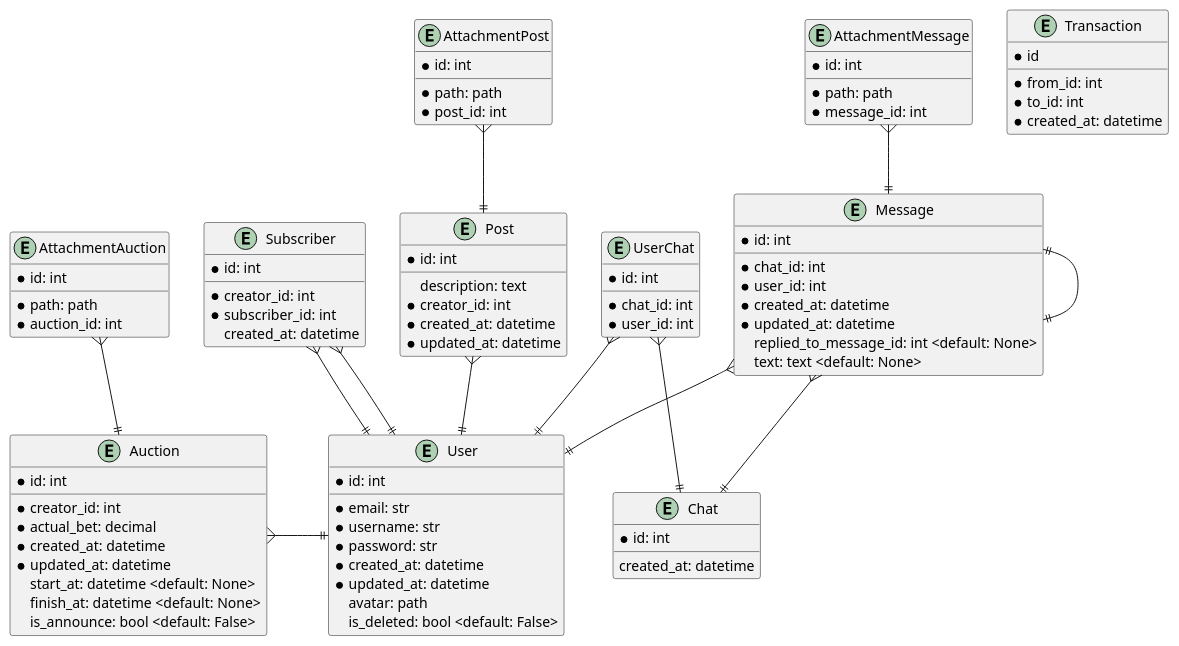
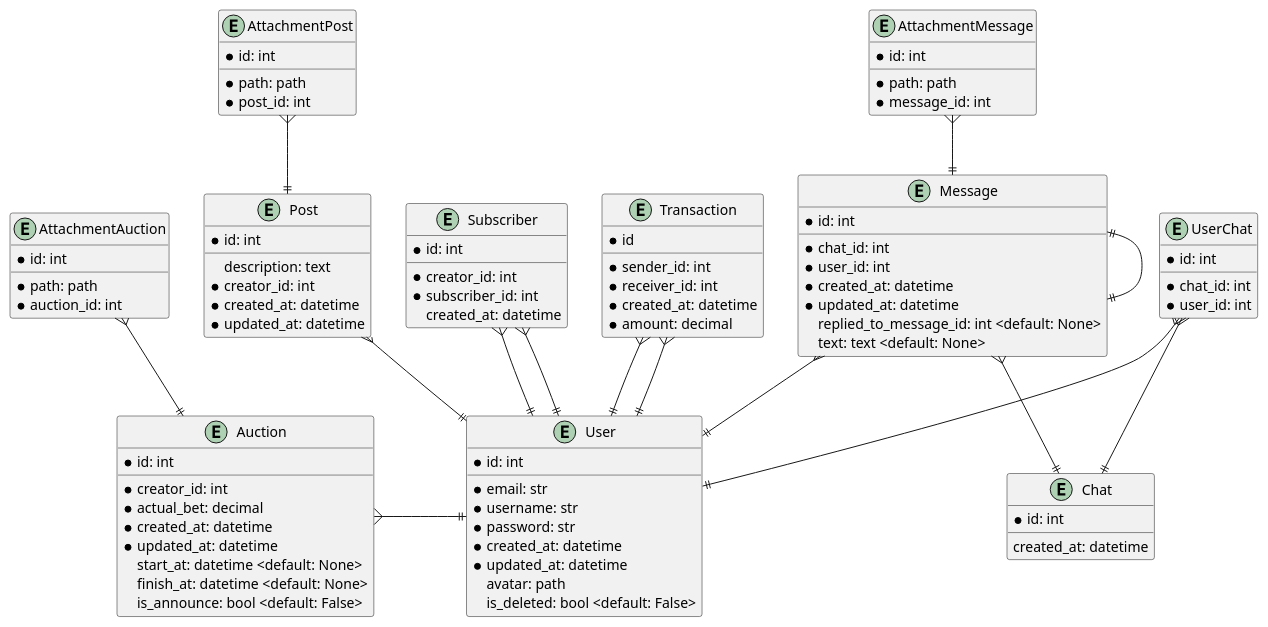
The diagram in docs/er_diagrams/er_diagram_v1.puml (Timur-Gizatullin/WeDraw), drawn with PlantUML before and after one commit. The commit also changed 13 other files, not shown here.

```diff
--- a/docs/er_diagrams/er_diagram_v1.puml
+++ b/docs/er_diagrams/er_diagram_v1.puml
@@ -1,113 +1,117 @@
 @startuml
 entity User{
 *id: int
 __
 *email: str
 *username: str
 *password: str
 *created_at: datetime
 *updated_at: datetime
 avatar: path
 is_deleted: bool <default: False>
 }
 
 entity Post{
 *id: int
 __
 description: text
 *creator_id: int
 *created_at: datetime
 *updated_at: datetime
 }
 
 entity Chat{
 *id: int
 __
 created_at: datetime
 }
 
 entity Message{
 *id: int
 __
 *chat_id: int
 *user_id: int
 *created_at: datetime
 *updated_at: datetime
 replied_to_message_id: int <default: None>
 text: text <default: None>
 }
 
 entity AttachmentPost{
 *id: int
 __
 *path: path
 *post_id: int
 }
 
 entity AttachmentMessage{
 *id: int
 __
 *path: path
 *message_id: int
 }
 
 entity AttachmentAuction{
 *id: int
 __
 *path: path
 *auction_id: int
 }
 
 entity Subscriber{
 *id: int
 __
 *creator_id: int
 *subscriber_id: int
 created_at: datetime
 }
 
 entity Auction{
 *id: int
 __
 *creator_id: int
 *actual_bet: decimal
 *created_at: datetime
 *updated_at: datetime
 start_at: datetime <default: None>
 finish_at: datetime <default: None>
 is_announce: bool <default: False>
 }
 
 entity UserChat{
 *id: int
 __
 *chat_id: int
 *user_id: int
 }
 
 entity Transaction {
 *id
 __
-*from_id: int
-*to_id: int
+*sender_id: int
+*receiver_id: int
 *created_at: datetime
+*amount: decimal
 }
 
 Subscriber }--|| User
 Subscriber }--|| User
+
+Transaction }--|| User
+Transaction }--|| User
 
 Post }--|| User
 
 Auction }-|| User
 
 UserChat }--|| User
 UserChat }--|| Chat
 
 Message }--|| User
 Message }--|| Chat
 Message ||--|| Message
 
 AttachmentMessage }--|| Message
 AttachmentPost }--|| Post
 AttachmentAuction }--|| Auction
 @enduml
```
